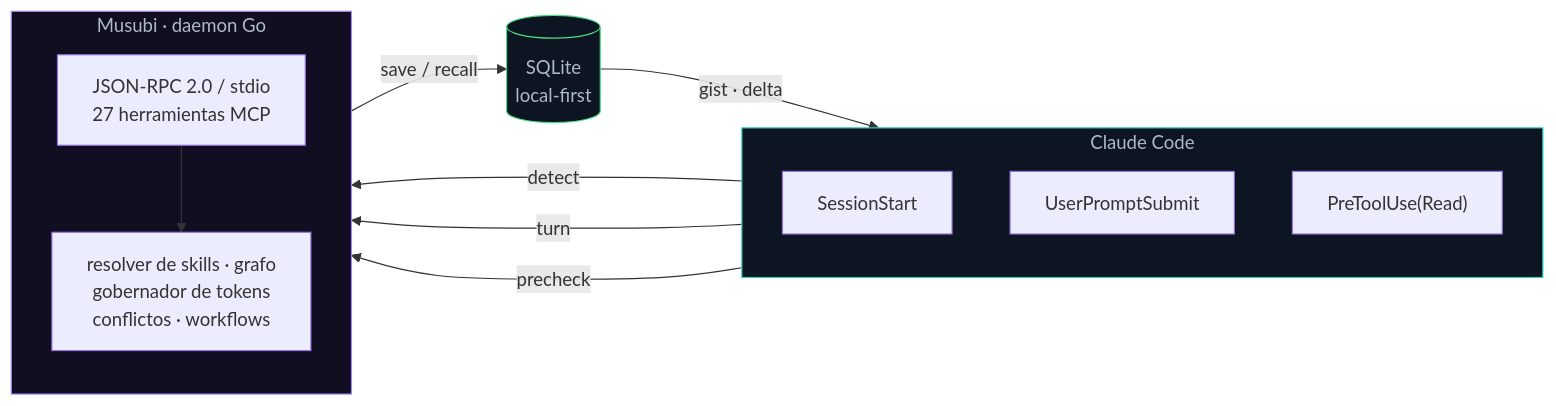
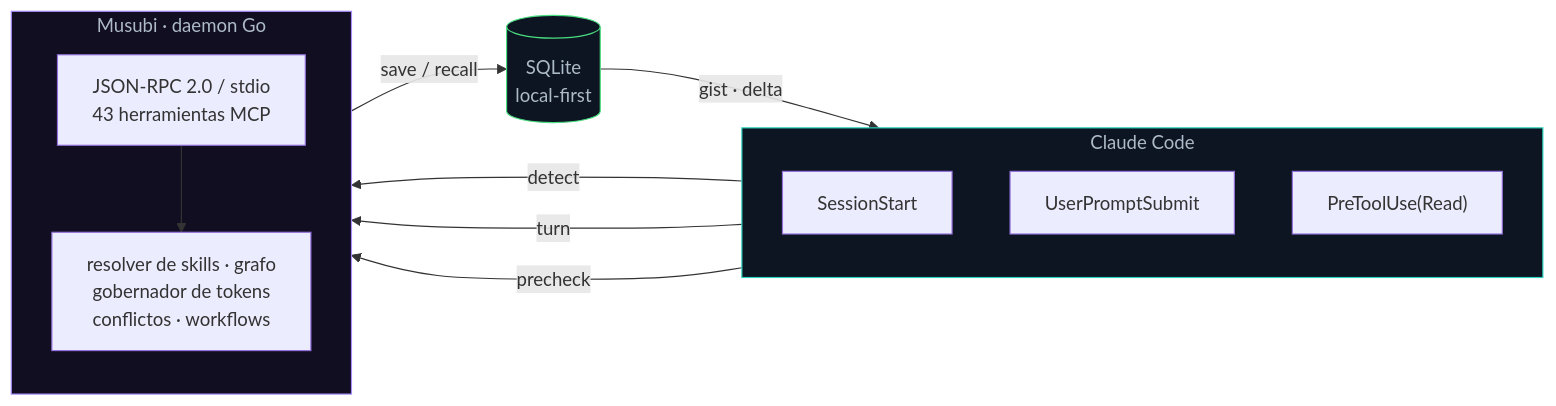
Before and after one commit to codeabraham16/musubi: the first of 3 diagrams in README.md, drawn with Mermaid. The commit also changed other lines of this file and 1 other file, not shown here.

````diff
--- a/README.md
+++ b/README.md
@@ -68,27 +68,27 @@
 ```mermaid
 flowchart LR
     subgraph CC["Claude Code"]
         direction TB
         H1["SessionStart"]
         H2["UserPromptSubmit"]
         H3["PreToolUse(Read)"]
     end
     subgraph M["Musubi · daemon Go"]
         direction TB
-        RPC["JSON-RPC 2.0 / stdio<br/>27 herramientas MCP"]
+        RPC["JSON-RPC 2.0 / stdio<br/>43 herramientas MCP"]
         COG["resolver de skills · grafo<br/>gobernador de tokens<br/>conflictos · workflows"]
     end
     DB[("SQLite<br/>local-first")]
 
     H1 -- "detect" --> RPC
     H2 -- "turn" --> RPC
     H3 -- "precheck" --> RPC
     RPC --> COG
     COG -- "save / recall" --> DB
     DB -- "gist · delta" --> CC
 
     classDef cc fill:#0d1422,stroke:#2dd4bf,color:#adbac7;
     classDef mm fill:#120e22,stroke:#a78bfa,color:#adbac7;
     classDef db fill:#0d1422,stroke:#4ade80,color:#adbac7;
     class CC cc; class M mm; class DB db;
 ```
````
